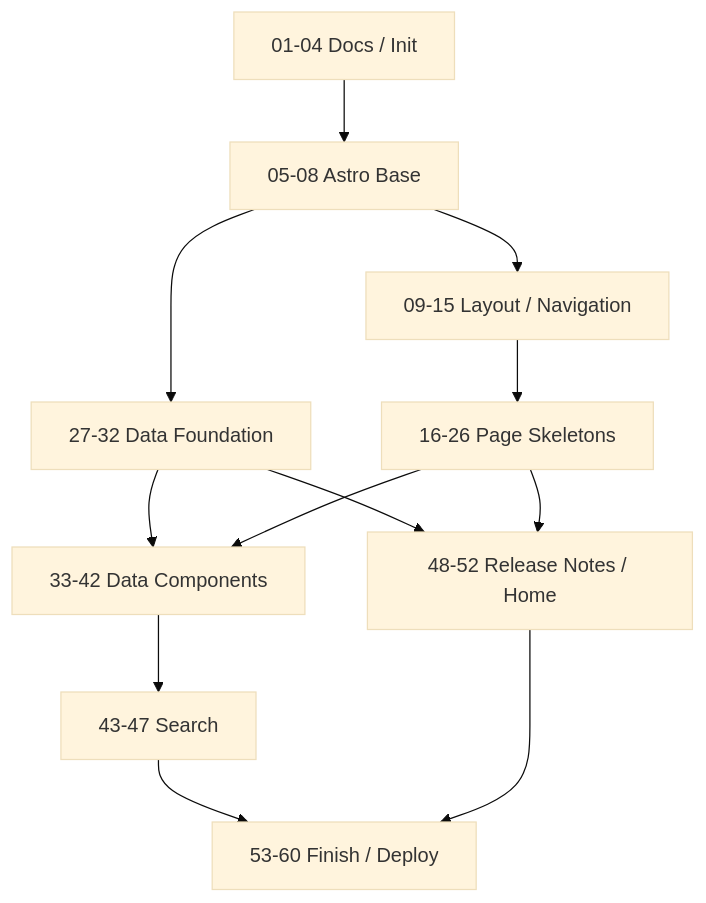
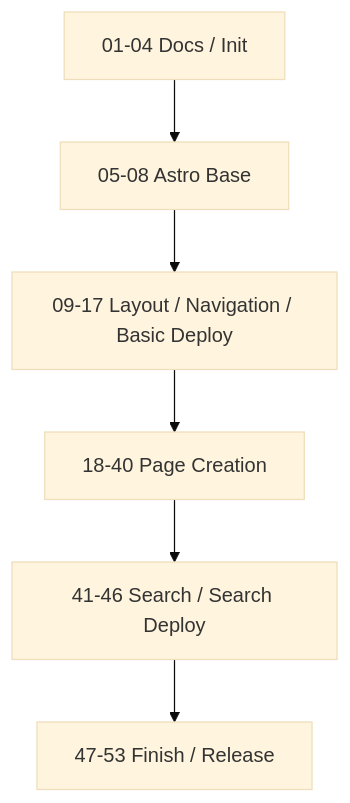
The diagram in docs/plan.md (starling888888/neon-underrealm-trpg), drawn with Mermaid (base theme) before and after one commit. The commit also changed other lines of this file and 2 other files, not shown here.

````diff
--- a/docs/plan.md
+++ b/docs/plan.md
@@ -460,14 +766,8 @@
-```mermaid
+```mermaid id="pl5m29"
 flowchart TD
   A[01-04 Docs / Init] --> B[05-08 Astro Base]
-  B --> C[09-15 Layout / Navigation]
-  C --> D[16-26 Page Skeletons]
-  B --> E[27-32 Data Foundation]
-  E --> F[33-42 Data Components]
-  D --> F
-  F --> G[43-47 Search]
-  E --> H[48-52 Release Notes / Home]
-  D --> H
-  G --> I[53-60 Finish / Deploy]
-  H --> I
+  B --> C[09-17 Layout / Navigation / Basic Deploy]
+  C --> D[18-40 Page Creation]
+  D --> E[41-46 Search / Search Deploy]
+  E --> F[47-53 Finish / Release]
 ```
````
